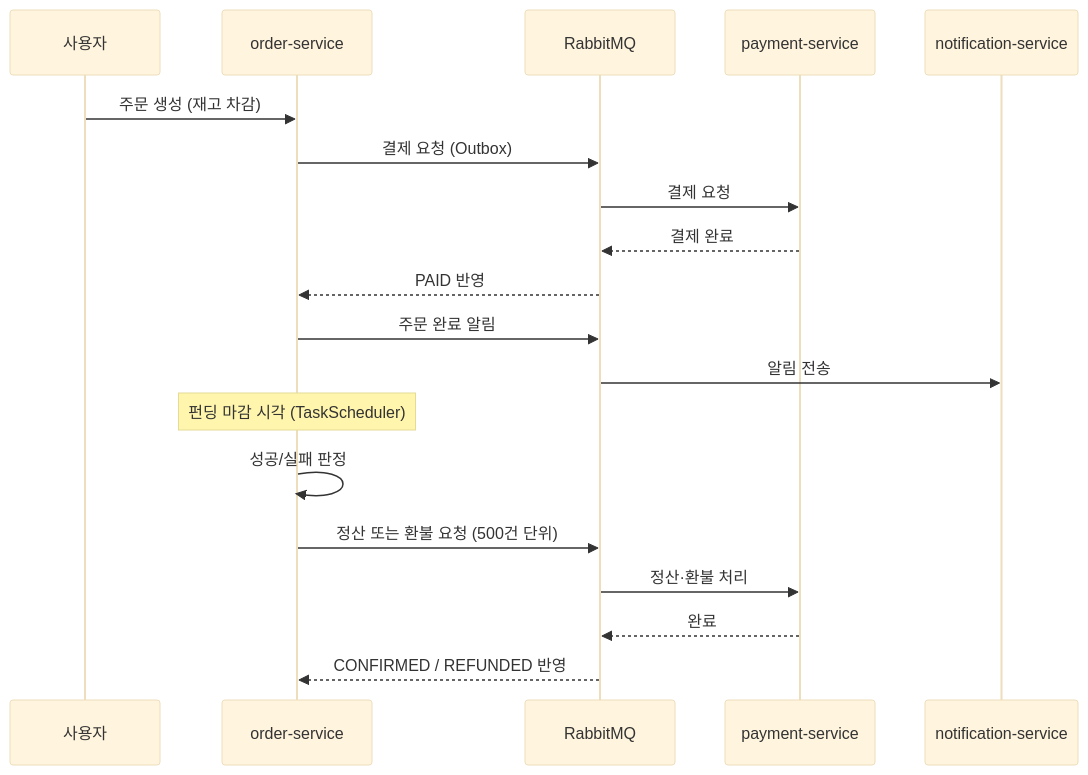
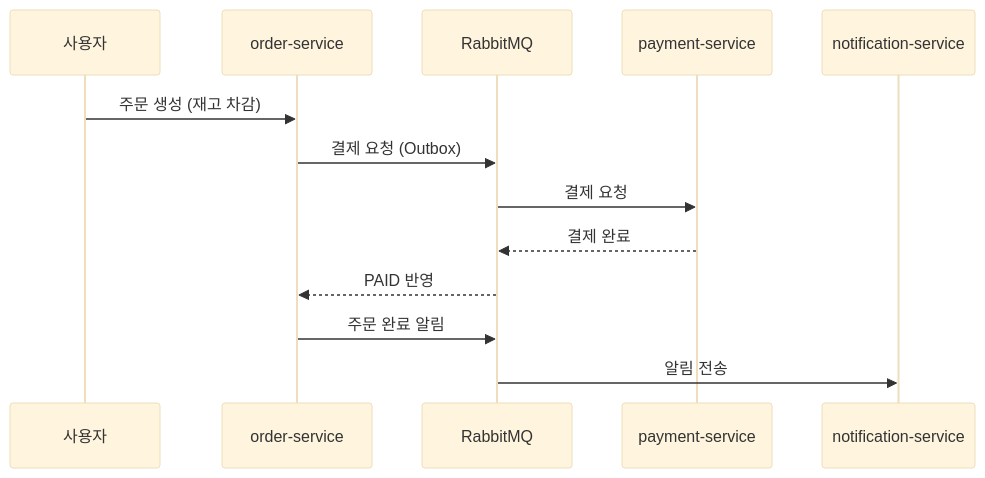
The second of 4 diagrams in README.md (glosona/bdz_backend), drawn with Mermaid (base theme) before and after one commit. The commit also changed other lines of this file and 3 other files, not shown here.

````diff
--- a/README.md
+++ b/README.md
@@ -98,23 +101,16 @@
 ```mermaid
 sequenceDiagram
     participant U as 사용자
     participant O as order-service
     participant MQ as RabbitMQ
     participant P as payment-service
     participant N as notification-service
 
     U->>O: 주문 생성 (재고 차감)
     O->>MQ: 결제 요청 (Outbox)
     MQ->>P: 결제 요청
     P-->>MQ: 결제 완료
     MQ-->>O: PAID 반영
     O->>MQ: 주문 완료 알림
     MQ->>N: 알림 전송
-
-    Note over O: 펀딩 마감 시각 (TaskScheduler)
-    O->>O: 성공/실패 판정
-    O->>MQ: 정산 또는 환불 요청 (500건 단위)
-    MQ->>P: 정산·환불 처리
-    P-->>MQ: 완료
-    MQ-->>O: CONFIRMED / REFUNDED 반영
 ```
````
